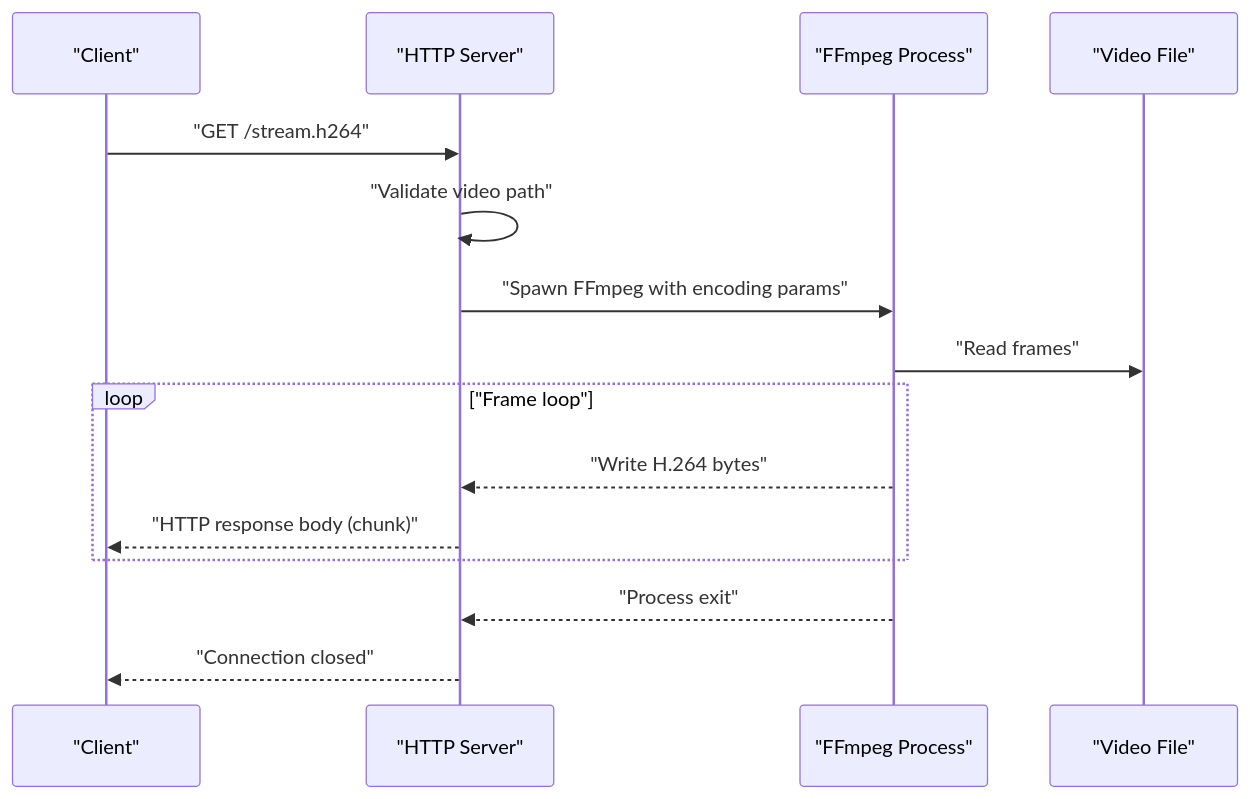
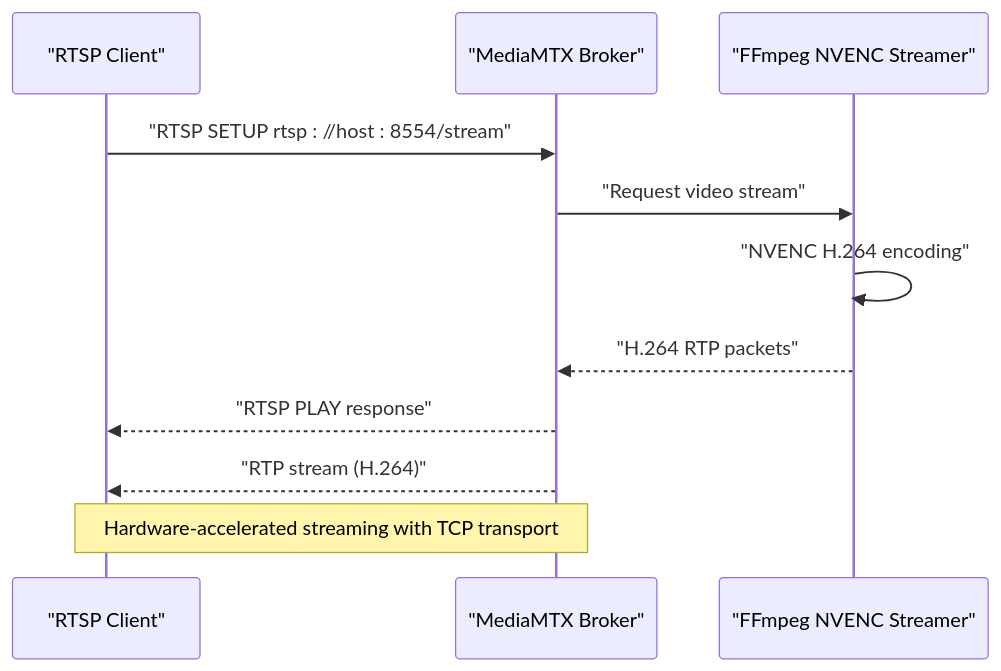
Before and after one commit to Fogus-Gr/MeasurementsDTs: the second of 3 diagrams in .qoder/repowiki/en/content/Deployment Infrastructure/HTTP Streaming Server.md, drawn with Mermaid. The commit also changed other lines of this file and 12 other files, not shown here.

````diff
--- a/.qoder/repowiki/en/content/Deployment Infrastructure/HTTP Streaming Server.md
+++ b/.qoder/repowiki/en/content/Deployment Infrastructure/HTTP Streaming Server.md
@@ -97,17 +95,13 @@
 ```mermaid
 sequenceDiagram
-participant Client as "Client"
-participant Server as "HTTP Server"
-participant FF as "FFmpeg Process"
-participant FS as "Video File"
-Client->>Server : "GET /stream.h264"
-Server->>Server : "Validate video path"
-Server->>FF : "Spawn FFmpeg with encoding params"
-FF->>FS : "Read frames"
-loop "Frame loop"
-FF-->>Server : "Write H.264 bytes"
-Server-->>Client : "HTTP response body (chunk)"
-end
-FF-->>Server : "Process exit"
-Server-->>Client : "Connection closed"
+participant Client as "RTSP Client"
+participant Broker as "MediaMTX Broker"
+participant Streamer as "FFmpeg NVENC Streamer"
+Client->>Broker : "RTSP SETUP rtsp : //host : 8554/stream"
+Broker->>Streamer : "Request video stream"
+Streamer->>Streamer : "NVENC H.264 encoding"
+Streamer-->>Broker : "H.264 RTP packets"
+Broker-->>Client : "RTSP PLAY response"
+Broker-->>Client : "RTP stream (H.264)"
+Note over Client,Broker : Hardware-accelerated streaming with TCP transport
 ```
````
